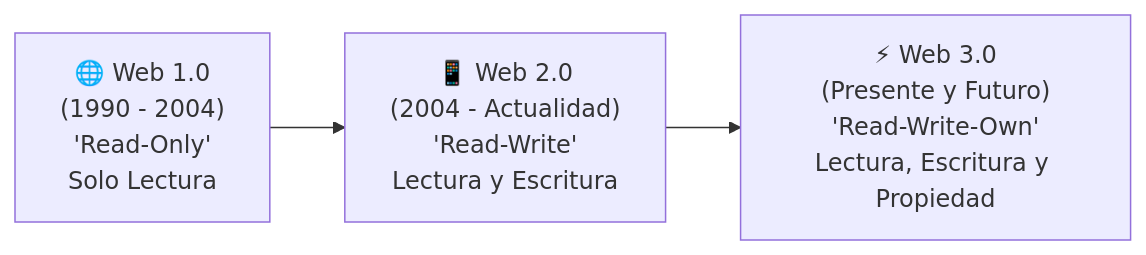
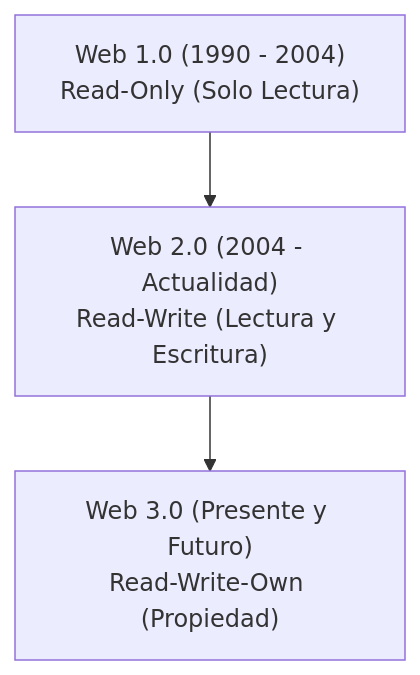
One commit to kernel-devs-lab/lab changed the first of 3 diagrams in conceptos/01-evolucion-web-1-2-3.md. Above: the diagram before and after it, drawn with Mermaid. The commit also changed 3 other files, not shown here.

Commit message:
fix(docs): ajustar diagramas mermaid a vertical y usar br para evitar recortes

````diff
--- a/conceptos/01-evolucion-web-1-2-3.md
+++ b/conceptos/01-evolucion-web-1-2-3.md
@@ -9,5 +9,5 @@
 ```mermaid
-flowchart LR
-    W1["🌐 Web 1.0\n(1990 - 2004)\n'Read-Only'\nSolo Lectura"] --> W2["📱 Web 2.0\n(2004 - Actualidad)\n'Read-Write'\nLectura y Escritura"]
-    W2 --> W3["⚡ Web 3.0\n(Presente y Futuro)\n'Read-Write-Own'\nLectura, Escritura y Propiedad"]
+flowchart TD
+    W1["Web 1.0 (1990 - 2004)<br/>Read-Only (Solo Lectura)"] --> W2["Web 2.0 (2004 - Actualidad)<br/>Read-Write (Lectura y Escritura)"]
+    W2 --> W3["Web 3.0 (Presente y Futuro)<br/>Read-Write-Own (Propiedad)"]
 ```
````
